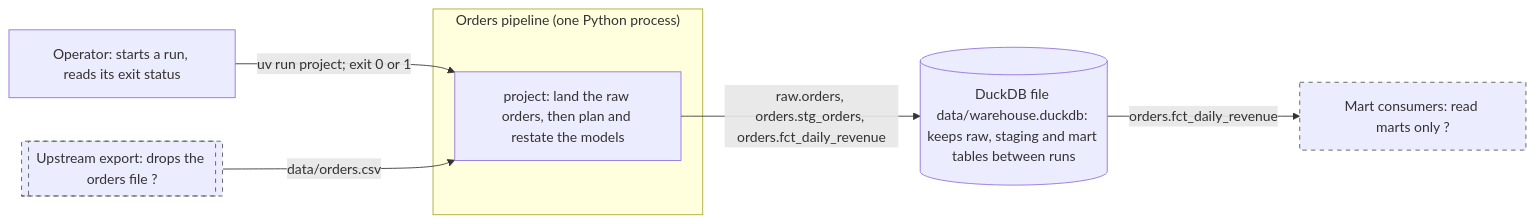
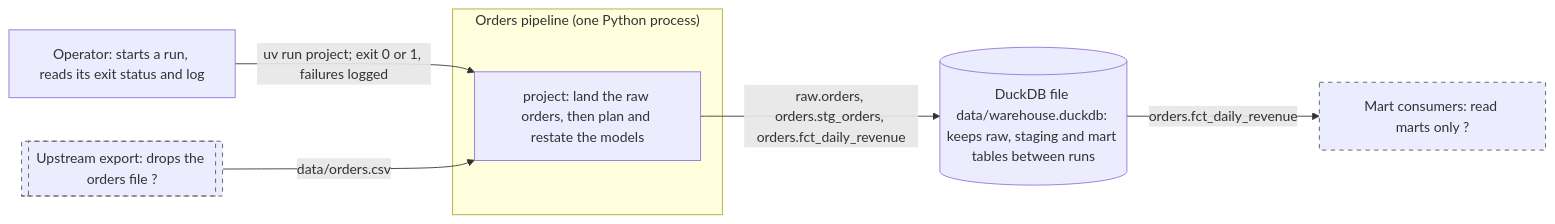
One commit to CarlosSolrac/template-sqlmesh-duckdb changed the first of 4 diagrams in docs/design.md. Above: the diagram before and after it, drawn with Mermaid. The commit also changed other lines of this file and 1 other file, not shown here.

````diff
--- a/docs/design.md
+++ b/docs/design.md
@@ -29,15 +30,15 @@
 ```mermaid
 flowchart LR
-    Operator["Operator: starts a run, reads its exit status"]
+    Operator["Operator: starts a run, reads its exit status and log"]
     Upstream[["Upstream export: drops the orders file ?"]]:::inferred
     Warehouse[("DuckDB file data/warehouse.duckdb: keeps raw, staging and mart tables between runs")]
     Consumers["Mart consumers: read marts only ?"]:::inferred
     subgraph System["Orders pipeline (one Python process)"]
         Pipeline["project: land the raw orders, then plan and restate the models"]
     end
-    Operator -->|"uv run project; exit 0 or 1"| Pipeline
+    Operator -->|"uv run project; exit 0 or 1, failures logged"| Pipeline
     Upstream -->|"data/orders.csv"| Pipeline
     Pipeline -->|"raw.orders, orders.stg_orders, orders.fct_daily_revenue"| Warehouse
     Warehouse -->|"orders.fct_daily_revenue"| Consumers
     classDef inferred stroke:#555,stroke-dasharray:5 5
 ```
````
